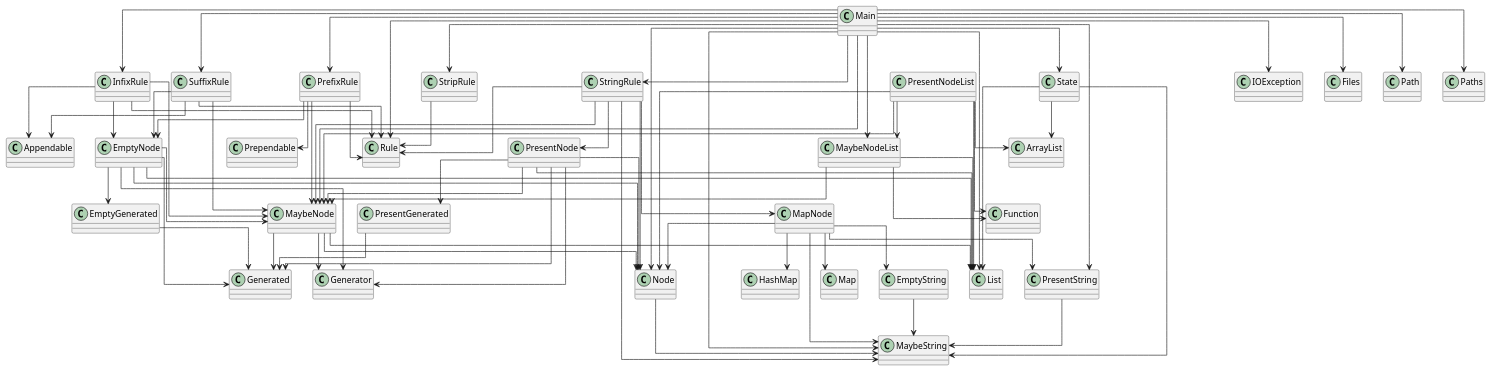
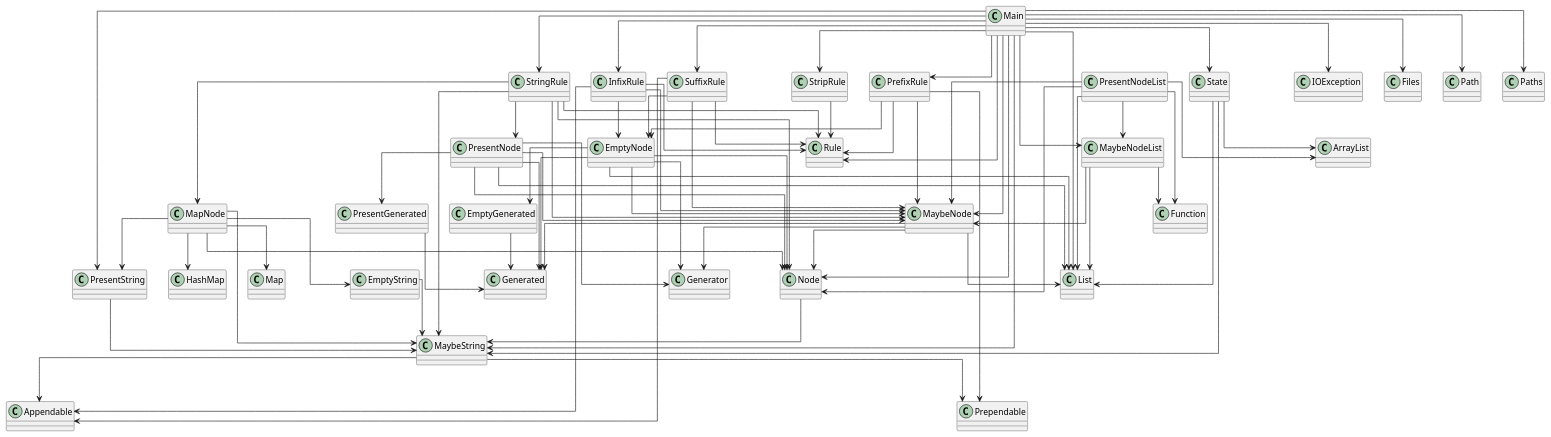
One commit to SirMathhman/Magma changed the diagram in diagram.puml. Above: the diagram before and after it, drawn with PlantUML. The commit also changed 6 other files, not shown here.

```diff
--- a/diagram.puml
+++ b/diagram.puml
@@ -1,102 +1,104 @@
 @startuml
 skinparam linetype ortho
 class Generated
 class Generator
-class Appendable
 class MaybeNode
 MaybeNode --> Generated
 MaybeNode --> Generator
 MaybeNode --> Node
 MaybeNode --> List
 class MaybeString
+MaybeString --> Appendable
+MaybeString --> Prependable
 class EmptyNode
 EmptyNode --> Generated
 EmptyNode --> Generator
 EmptyNode --> Node
 EmptyNode --> MaybeNode
 EmptyNode --> EmptyGenerated
 EmptyNode --> List
 class PresentNode
 PresentNode --> Generated
 PresentNode --> Generator
 PresentNode --> Node
 PresentNode --> MaybeNode
 PresentNode --> PresentGenerated
 PresentNode --> List
-class Prependable
+class Appendable
 class EmptyString
 EmptyString --> MaybeString
+class Prependable
 class PresentString
 PresentString --> MaybeString
 class MaybeNodeList
 MaybeNodeList --> MaybeNode
 MaybeNodeList --> List
 MaybeNodeList --> Function
 class MapNode
 MapNode --> MaybeString
 MapNode --> Node
 MapNode --> EmptyString
 MapNode --> PresentString
 MapNode --> HashMap
 MapNode --> Map
 class Node
 Node --> MaybeString
 class EmptyGenerated
 EmptyGenerated --> Generated
 class PresentGenerated
 PresentGenerated --> Generated
 class InfixRule
 InfixRule --> Rule
 InfixRule --> Appendable
 InfixRule --> MaybeNode
 InfixRule --> EmptyNode
 class PrefixRule
 PrefixRule --> Rule
 PrefixRule --> MaybeNode
 PrefixRule --> Prependable
 PrefixRule --> EmptyNode
 class StringRule
 StringRule --> Node
 StringRule --> Rule
 StringRule --> MaybeNode
 StringRule --> MaybeString
 StringRule --> PresentNode
 StringRule --> MapNode
 class StripRule
 StripRule --> Rule
 class SuffixRule
 SuffixRule --> Rule
 SuffixRule --> Appendable
 SuffixRule --> MaybeNode
 SuffixRule --> EmptyNode
 class Rule
 class State
 State --> MaybeString
 State --> ArrayList
 State --> List
 class Main
 Main --> MaybeNodeList
 Main --> Node
 Main --> Rule
 Main --> State
 Main --> MaybeNode
 Main --> MaybeString
 Main --> PresentString
 Main --> InfixRule
 Main --> PrefixRule
 Main --> StringRule
 Main --> StripRule
 Main --> SuffixRule
 Main --> IOException
 Main --> Files
 Main --> Path
 Main --> Paths
 Main --> List
 class PresentNodeList
 PresentNodeList --> MaybeNodeList
 PresentNodeList --> Node
 PresentNodeList --> MaybeNode
 PresentNodeList --> ArrayList
 PresentNodeList --> List
 PresentNodeList --> Function
 @enduml
```
